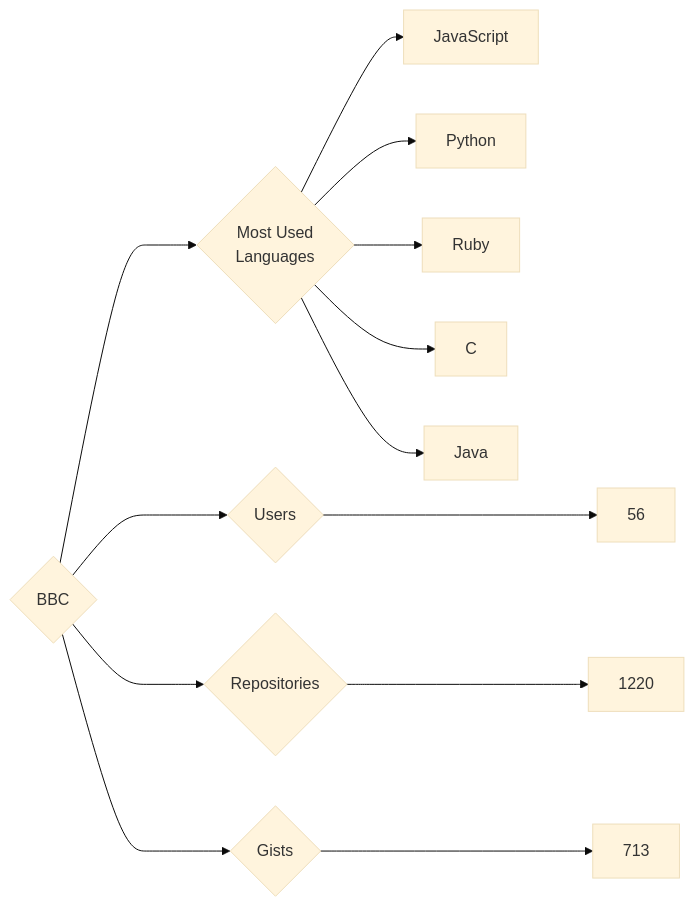
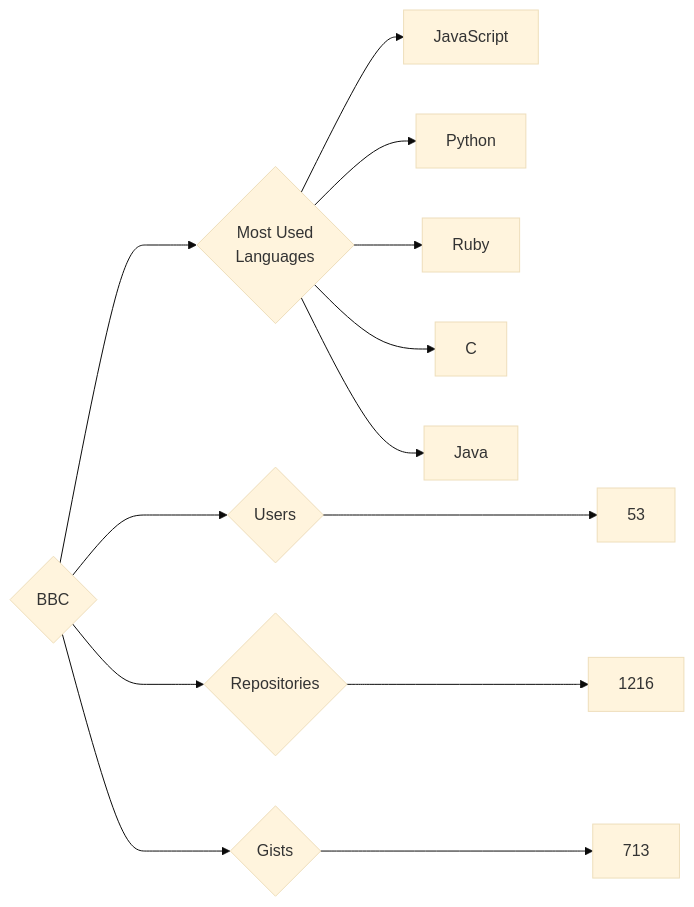
Before and after one commit to trickest/insiders: the diagram in targets/BBC/README.md, drawn with Mermaid (base theme). The commit also changed 640 other files, not shown here.

````diff
--- a/targets/BBC/README.md
+++ b/targets/BBC/README.md
@@ -3,13 +3,13 @@
 ```mermaid
 graph LR
 COMPANY_NAME{BBC}
-COMPANY_NAME ---> U{Users} ---> UN[56]
-COMPANY_NAME ---> R{Repositories} ---> RN[1220]
+COMPANY_NAME ---> U{Users} ---> UN[53]
+COMPANY_NAME ---> R{Repositories} ---> RN[1216]
 COMPANY_NAME ---> G{Gists} ---> GN[713]
 COMPANY_NAME ---> ML{Most Used<br>Languages}
 ML --> JavaScript[JavaScript]
 ML --> Python[Python]
 ML --> Ruby[Ruby]
 ML --> C[C]
 ML --> Java[Java]
 ```
````
